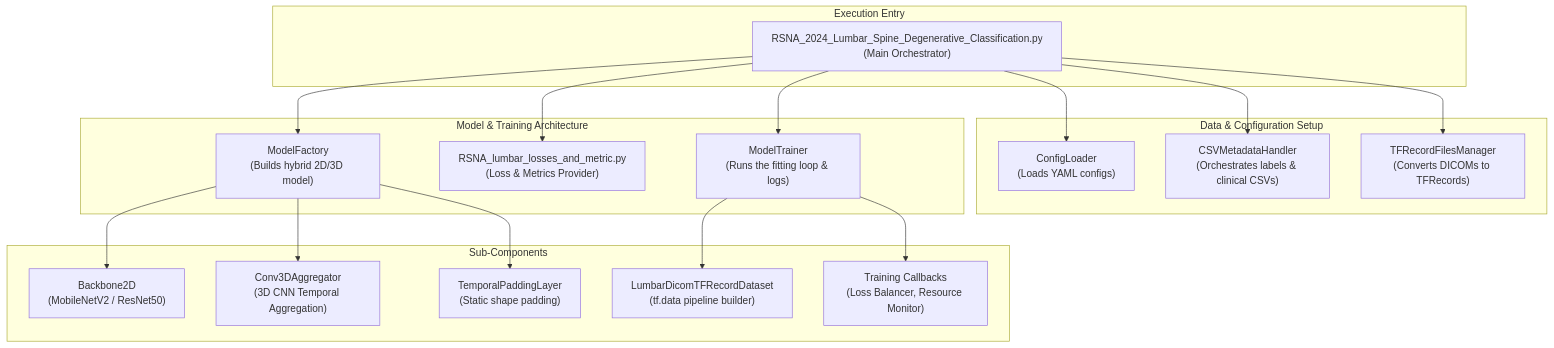
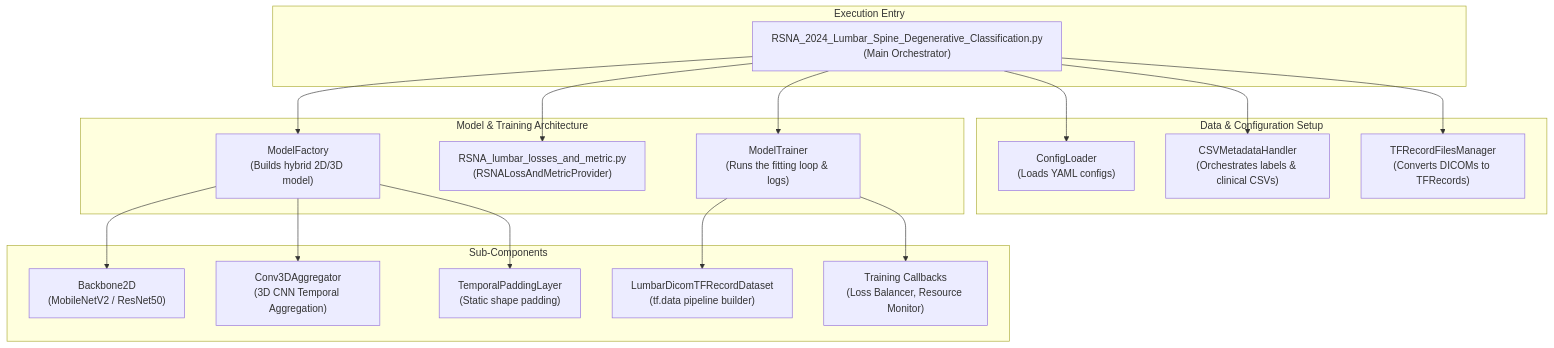
The second of 4 diagrams in README.md (OlivierR63/RSNA_Items_Detection_Classification), drawn with Mermaid before and after one commit. The commit also changed other lines of this file, not shown here.

First line of the commit message:
doc: document RSNALossAndMetricProvider orchestration in README

````diff
--- a/README.md
+++ b/README.md
@@ -53,37 +53,37 @@
 ```mermaid
 graph TD
     subgraph Execution Entry
         Main["RSNA_2024_Lumbar_Spine_Degenerative_Classification.py<br/>(Main Orchestrator)"]
     end
     
     subgraph Data & Configuration Setup
         Config["ConfigLoader<br/>(Loads YAML configs)"]
         CSV["CSVMetadataHandler<br/>(Orchestrates labels & clinical CSVs)"]
         TFRecord["TFRecordFilesManager<br/>(Converts DICOMs to TFRecords)"]
     end
     
     subgraph Model & Training Architecture
         Factory["ModelFactory<br/>(Builds hybrid 2D/3D model)"]
-        Losses["RSNA_lumbar_losses_and_metric.py<br/>(Loss & Metrics Provider)"]
+        Losses["RSNA_lumbar_losses_and_metric.py<br/>(RSNALossAndMetricProvider)"]
         Trainer["ModelTrainer<br/>(Runs the fitting loop & logs)"]
     end
     
     subgraph Sub-Components
         Backbone["Backbone2D<br/>(MobileNetV2 / ResNet50)"]
         Aggregator["Conv3DAggregator<br/>(3D CNN Temporal Aggregation)"]
         Padding["TemporalPaddingLayer<br/>(Static shape padding)"]
         Dataset["LumbarDicomTFRecordDataset<br/>(tf.data pipeline builder)"]
         Callbacks["Training Callbacks<br/>(Loss Balancer, Resource Monitor)"]
     end
     Main --> Config
     Main --> CSV
     Main --> TFRecord
     Main --> Factory
     Main --> Losses
     Main --> Trainer
     Trainer --> Dataset
     Trainer --> Callbacks
     Factory --> Backbone
     Factory --> Aggregator
     Factory --> Padding
 ```
````
